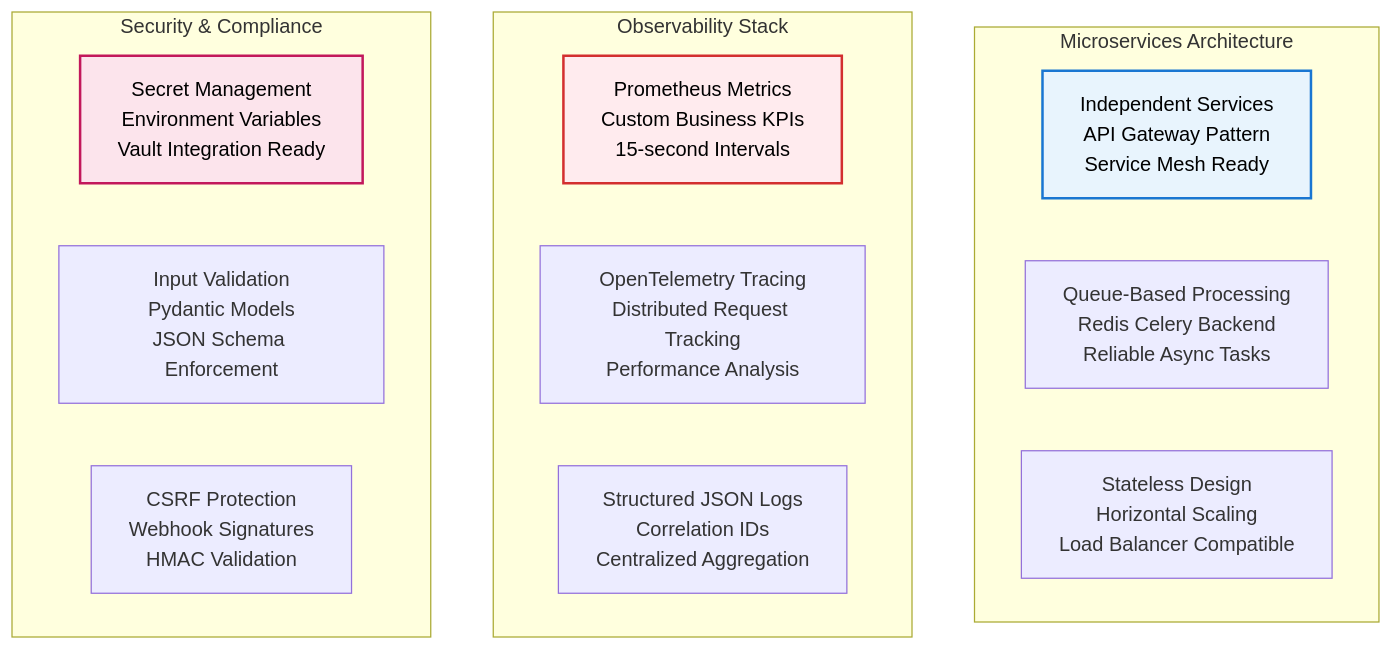
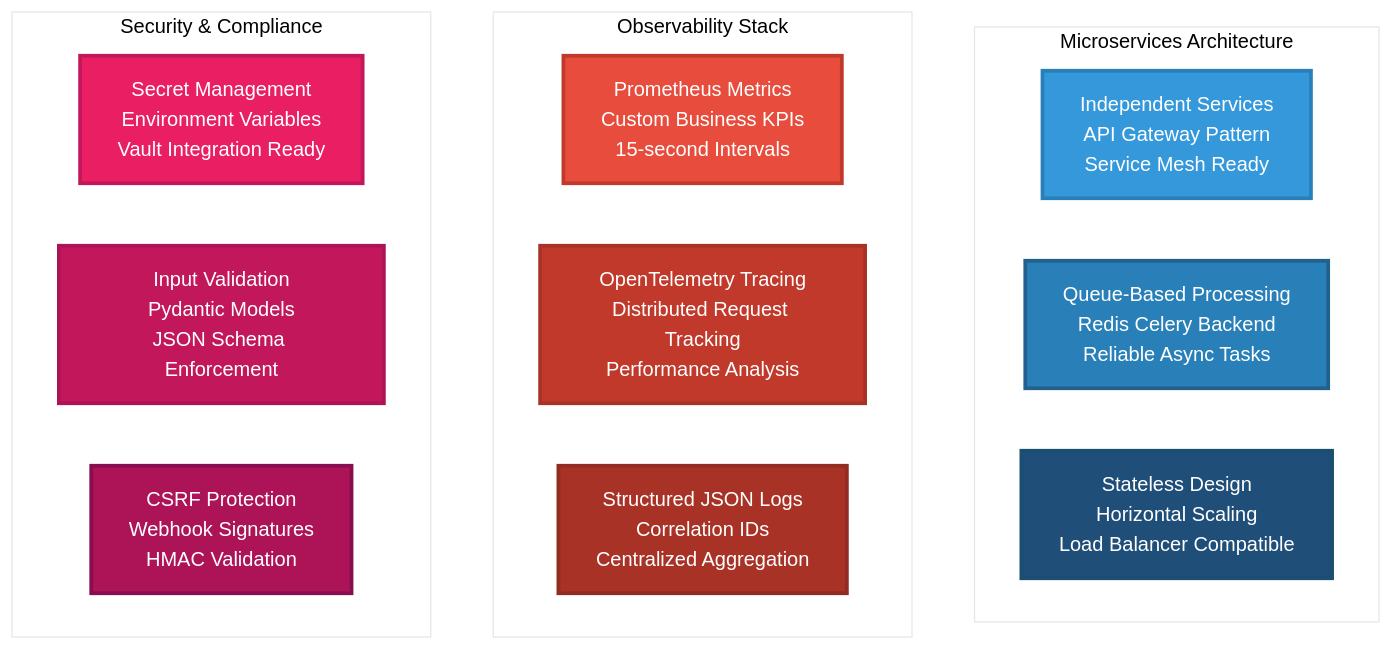
The ninth of 20 diagrams in README.md (PriscillaOng12/AI-Code-Review-Squad), drawn with Mermaid before and after one commit. The commit also changed other lines of this file, not shown here.

````diff
--- a/README.md
+++ b/README.md
@@ -256,24 +292,33 @@
 ```mermaid
+%%{init: {'theme': 'base', 'themeVariables': {'primaryColor': '#ffffff', 'primaryTextColor': '#2c3e50', 'primaryBorderColor': '#2c3e50', 'lineColor': '#34495e', 'secondaryColor': '#ffffff', 'tertiaryColor': '#ffffff', 'background': '#ffffff', 'mainBkg': '#ffffff', 'secondBkg': '#ffffff', 'tertiaryBkg': '#ffffff'}}}%%
 graph TB
     subgraph "Microservices Architecture"
         MS[Independent Services<br/>API Gateway Pattern<br/>Service Mesh Ready]
         QUEUE[Queue-Based Processing<br/>Redis Celery Backend<br/>Reliable Async Tasks]
         STATELESS[Stateless Design<br/>Horizontal Scaling<br/>Load Balancer Compatible]
     end
     
     subgraph "Observability Stack"  
         METRICS[Prometheus Metrics<br/>Custom Business KPIs<br/>15-second Intervals]
         TRACING[OpenTelemetry Tracing<br/>Distributed Request Tracking<br/>Performance Analysis]
         LOGGING[Structured JSON Logs<br/>Correlation IDs<br/>Centralized Aggregation]
     end
     
     subgraph "Security & Compliance"
         SECRET[Secret Management<br/>Environment Variables<br/>Vault Integration Ready]
         VALIDATE[Input Validation<br/>Pydantic Models<br/>JSON Schema Enforcement]
         CSRF[CSRF Protection<br/>Webhook Signatures<br/>HMAC Validation]
     end
     
-    style MS fill:#e8f4fd,stroke:#1976d2,stroke-width:2px,color:#000000
-    style METRICS fill:#ffebee,stroke:#d32f2f,stroke-width:2px,color:#000000
-    style SECRET fill:#fce4ec,stroke:#c2185b,stroke-width:2px,color:#000000
+    style MS fill:#3498db,stroke:#2980b9,stroke-width:3px,color:#ffffff
+    style QUEUE fill:#2980b9,stroke:#21618c,stroke-width:3px,color:#ffffff
+    style STATELESS fill:#1f4e79,stroke:#1b4f72,stroke-width:3px,color:#ffffff
+    
+    style METRICS fill:#e74c3c,stroke:#c0392b,stroke-width:3px,color:#ffffff
+    style TRACING fill:#c0392b,stroke:#a93226,stroke-width:3px,color:#ffffff
+    style LOGGING fill:#a93226,stroke:#922b21,stroke-width:3px,color:#ffffff
+    
+    style SECRET fill:#e91e63,stroke:#c2185b,stroke-width:3px,color:#ffffff
+    style VALIDATE fill:#c2185b,stroke:#ad1457,stroke-width:3px,color:#ffffff
+    style CSRF fill:#ad1457,stroke:#880e4f,stroke-width:3px,color:#ffffff
 ```
````
